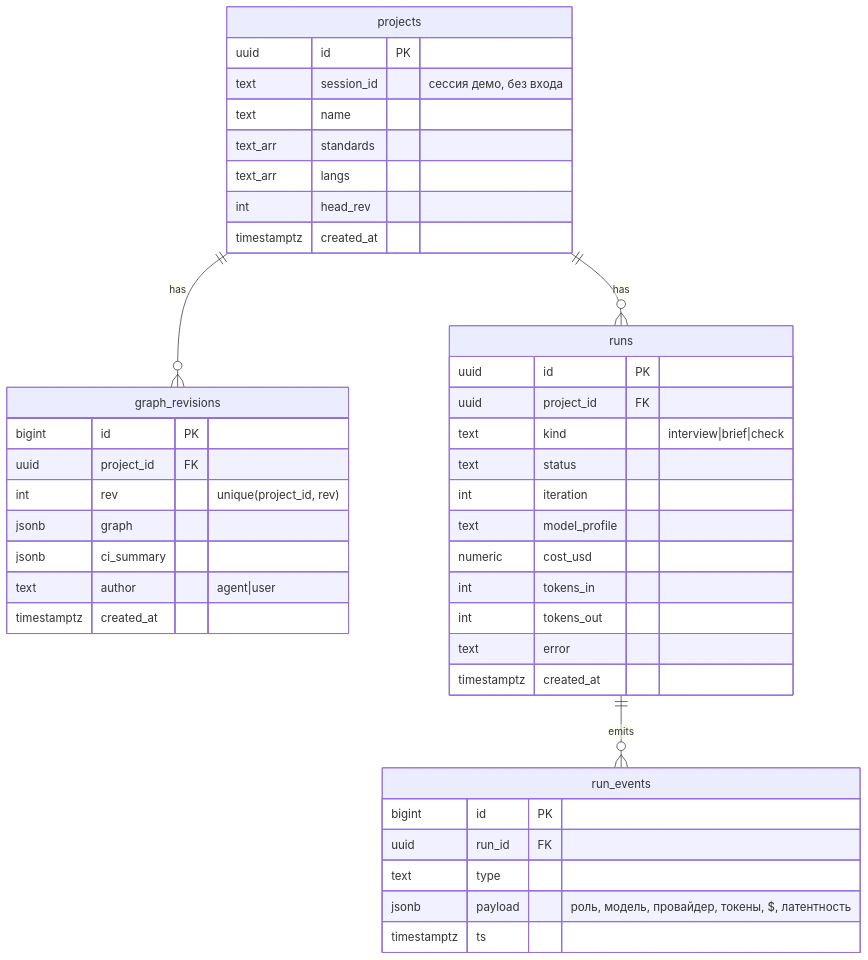
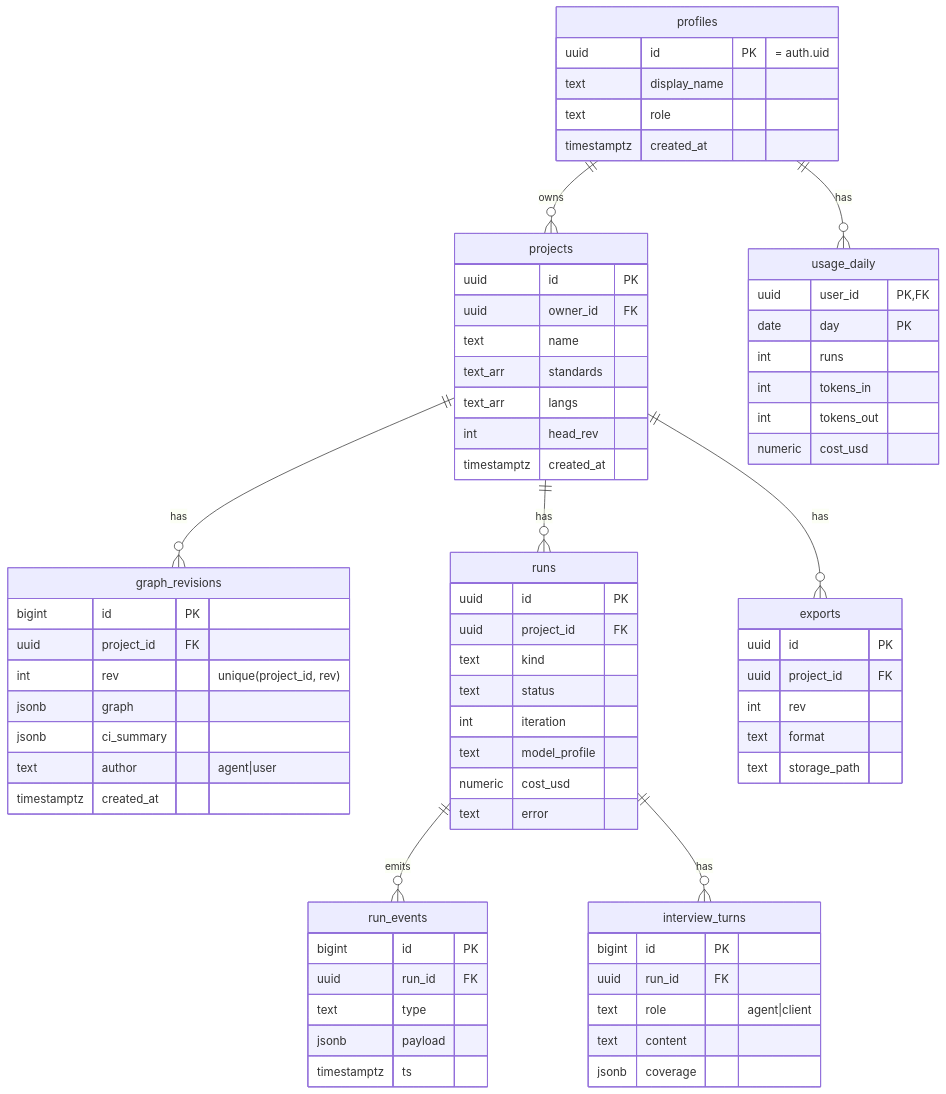
The second of 2 diagrams in docs/tech-design/04_data.md (Axx-Axvd/reqgraph), drawn with Mermaid before and after one commit. The commit also changed other lines of this file and 33 other files, not shown here.

````diff
--- a/docs/tech-design/04_data.md
+++ b/docs/tech-design/04_data.md
@@ -123,44 +121,73 @@
 ```mermaid
 erDiagram
+  profiles ||--o{ projects : owns
+  profiles ||--o{ usage_daily : has
   projects ||--o{ graph_revisions : has
   projects ||--o{ runs : has
+  projects ||--o{ exports : has
   runs ||--o{ run_events : emits
+  runs ||--o{ interview_turns : has
+  profiles {
+    uuid id PK "= auth.uid"
+    text display_name
+    text role
+    timestamptz created_at
+  }
+  usage_daily {
+    uuid user_id PK,FK
+    date day PK
+    int runs
+    int tokens_in
+    int tokens_out
+    numeric cost_usd
+  }
   projects {
     uuid id PK
-    text session_id "сессия демо, без входа"
+    uuid owner_id FK
     text name
     text_arr standards
     text_arr langs
     int head_rev
     timestamptz created_at
   }
   graph_revisions {
     bigint id PK
     uuid project_id FK
     int rev "unique(project_id, rev)"
     jsonb graph
     jsonb ci_summary
     text author "agent|user"
     timestamptz created_at
   }
+  exports {
+    uuid id PK
+    uuid project_id FK
+    int rev
+    text format
+    text storage_path
+  }
   runs {
     uuid id PK
     uuid project_id FK
-    text kind "interview|brief|check"
+    text kind
     text status
     int iteration
     text model_profile
     numeric cost_usd
-    int tokens_in
-    int tokens_out
     text error
-    timestamptz created_at
   }
   run_events {
     bigint id PK
     uuid run_id FK
     text type
-    jsonb payload "роль, модель, провайдер, токены, $, латентность"
+    jsonb payload
     timestamptz ts
   }
+  interview_turns {
+    bigint id PK
+    uuid run_id FK
+    text role "agent|client"
+    text content
+    jsonb coverage
+  }
 ```
````
